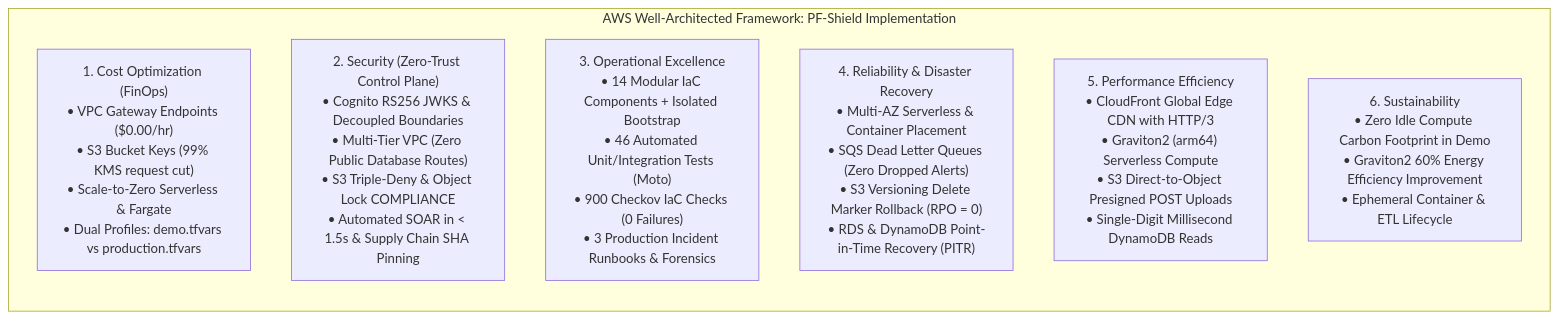
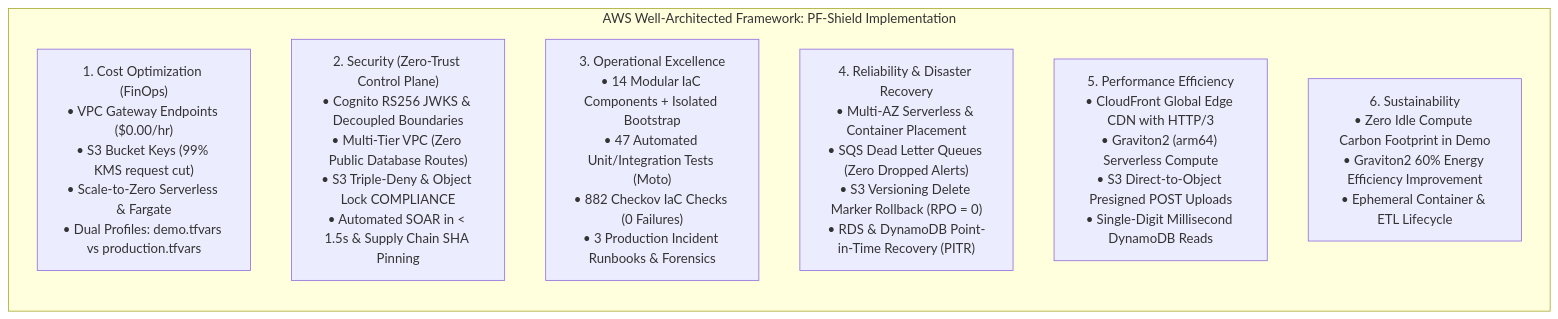
Before and after one commit to yousef-usama/pf-shield-cloud-security: the diagram in docs/WELL_ARCHITECTED_REVIEW.md, drawn with Mermaid. The commit also changed other lines of this file and 13 other files, not shown here.

Commit message:
fix(ci-cd): align ecr naming in bootstrap and pipeline, enforce distinct digests per ecs service, and initialize remote backend with locking in production

````diff
--- a/docs/WELL_ARCHITECTED_REVIEW.md
+++ b/docs/WELL_ARCHITECTED_REVIEW.md
@@ -13,12 +13,12 @@
 ```mermaid
 flowchart TD
     subgraph SixPillars ["AWS Well-Architected Framework: PF-Shield Implementation"]
         direction TB
         P1["1. Cost Optimization (FinOps)<br/>• VPC Gateway Endpoints ($0.00/hr)<br/>• S3 Bucket Keys (99% KMS request cut)<br/>• Scale-to-Zero Serverless & Fargate<br/>• Dual Profiles: demo.tfvars vs production.tfvars"]
         P2["2. Security (Zero-Trust Control Plane)<br/>• Cognito RS256 JWKS & Decoupled Boundaries<br/>• Multi-Tier VPC (Zero Public Database Routes)<br/>• S3 Triple-Deny & Object Lock COMPLIANCE<br/>• Automated SOAR in < 1.5s & Supply Chain SHA Pinning"]
-        P3["3. Operational Excellence<br/>• 14 Modular IaC Components + Isolated Bootstrap<br/>• 46 Automated Unit/Integration Tests (Moto)<br/>• 900 Checkov IaC Checks (0 Failures)<br/>• 3 Production Incident Runbooks & Forensics"]
+        P3["3. Operational Excellence<br/>• 14 Modular IaC Components + Isolated Bootstrap<br/>• 47 Automated Unit/Integration Tests (Moto)<br/>• 882 Checkov IaC Checks (0 Failures)<br/>• 3 Production Incident Runbooks & Forensics"]
         P4["4. Reliability & Disaster Recovery<br/>• Multi-AZ Serverless & Container Placement<br/>• SQS Dead Letter Queues (Zero Dropped Alerts)<br/>• S3 Versioning Delete Marker Rollback (RPO = 0)<br/>• RDS & DynamoDB Point-in-Time Recovery (PITR)"]
         P5["5. Performance Efficiency<br/>• CloudFront Global Edge CDN with HTTP/3<br/>• Graviton2 (arm64) Serverless Compute<br/>• S3 Direct-to-Object Presigned POST Uploads<br/>• Single-Digit Millisecond DynamoDB Reads"]
         P6["6. Sustainability<br/>• Zero Idle Compute Carbon Footprint in Demo<br/>• Graviton2 60% Energy Efficiency Improvement<br/>• Ephemeral Container & ETL Lifecycle"]
     end
 ```
````
